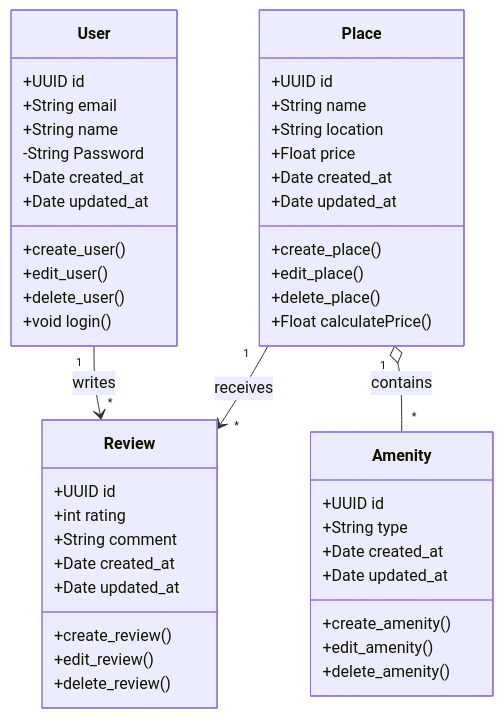
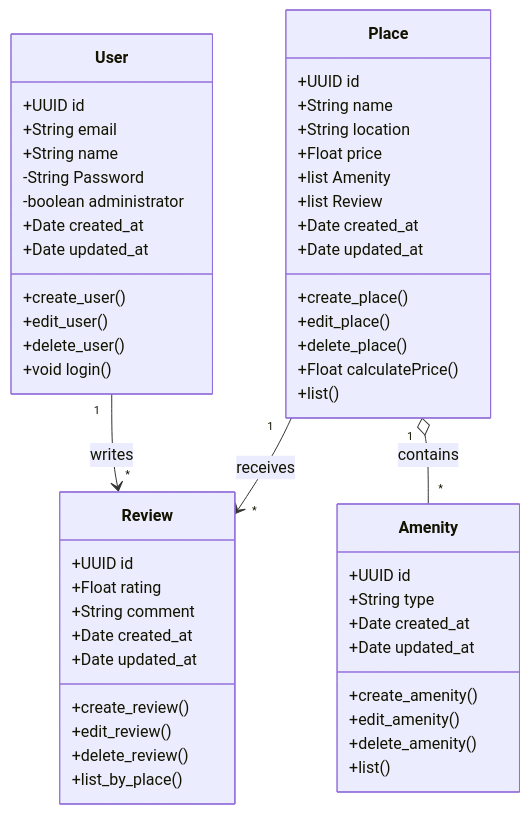
Before and after one commit to Morg92b/holbertonschool-hbnb: the diagram in part1/task01/uml_1.mermaid, drawn with Mermaid.

Commit message:
i add method

```diff
--- a/part1/task01/uml_1.mermaid
+++ b/part1/task01/uml_1.mermaid
@@ -1,51 +1,57 @@
 classDiagram
 class User {
     +UUID id
     +String email
     +String name
     -String Password
+    -boolean administrator
     +Date created_at
     +Date updated_at
     +create_user()
     +edit_user()
     +delete_user()
     +void login()
 }
 
 class Place {
     +UUID id
     +String name
     +String location
     +Float price
+    +list Amenity
+    +list Review
     +Date created_at
     +Date updated_at
     +create_place()
     +edit_place()
     +delete_place()
     +Float calculatePrice()
+    +list()
 }
 
 class Review {
     +UUID id
-    +int rating
+    +Float rating
     +String comment
     +Date created_at
     +Date updated_at
     +create_review()
     +edit_review()
     +delete_review()
+    +list_by_place()
 }
 
 class Amenity {
     +UUID id
     +String type
     +Date created_at
     +Date updated_at
     +create_amenity()
     +edit_amenity()
     +delete_amenity()
+    +list()
 }
 
 User "1" --> "*" Review : writes
 Place "1" --> "*" Review : receives
 Place "1" o-- "*" Amenity : contains
```
